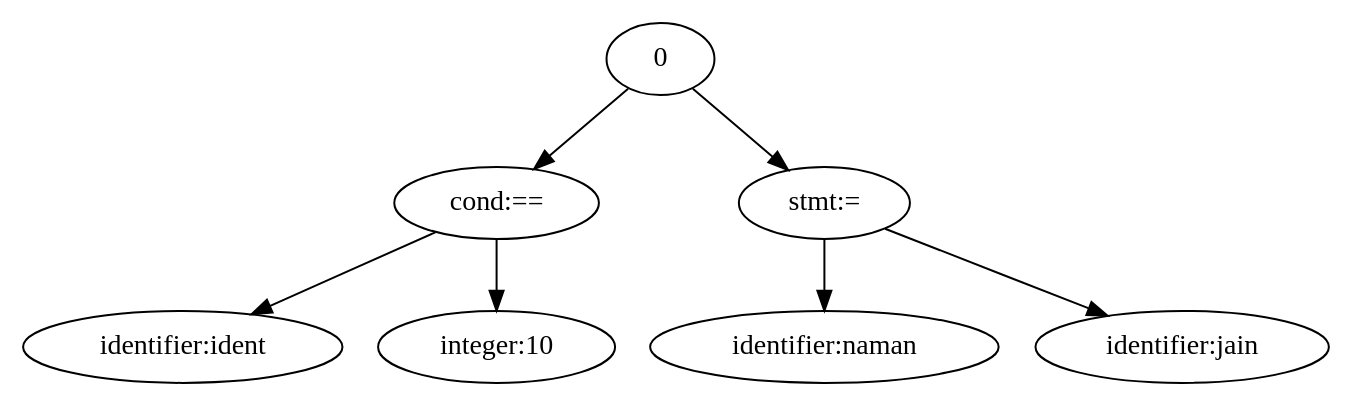
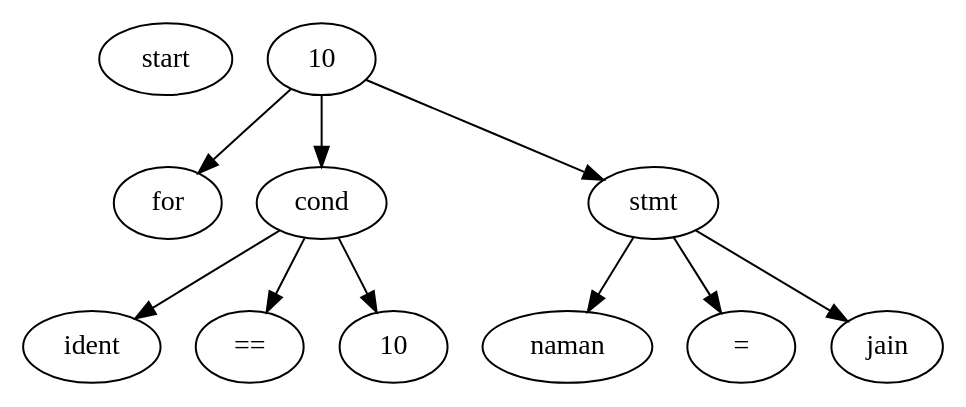
Before and after one commit to NamanJain8/pike: the diagram in src/parser/output.dot, drawn with Graphviz. The commit also changed 5 other files, not shown here.

```diff
--- a/src/parser/output.dot
+++ b/src/parser/output.dot
@@ -1,14 +1,21 @@
 strict digraph G {
-1 [label="cond:=="];
-0 -> 1;
-2 [label="identifier:ident"];
-1 -> 2;
-3 [label="integer:10"];
-1 -> 3;
-4 [label="stmt:="];
-0 -> 4;
-5 [label="identifier:naman"];
-4 -> 5;
-6 [label="identifier:jain"];
-4 -> 6;
+1 [label="start"];
+11 [label="for"];
+10 -> 11;
+12 [label="cond"];
+10 -> 12;
+13 [label="ident"];
+12 -> 13;
+14 [label="=="];
+12 -> 14;
+15 [label="10"];
+12 -> 15;
+16 [label="stmt"];
+10 -> 16;
+17 [label="naman"];
+16 -> 17;
+18 [label="="];
+16 -> 18;
+19 [label="jain"];
+16 -> 19;
 }
```
